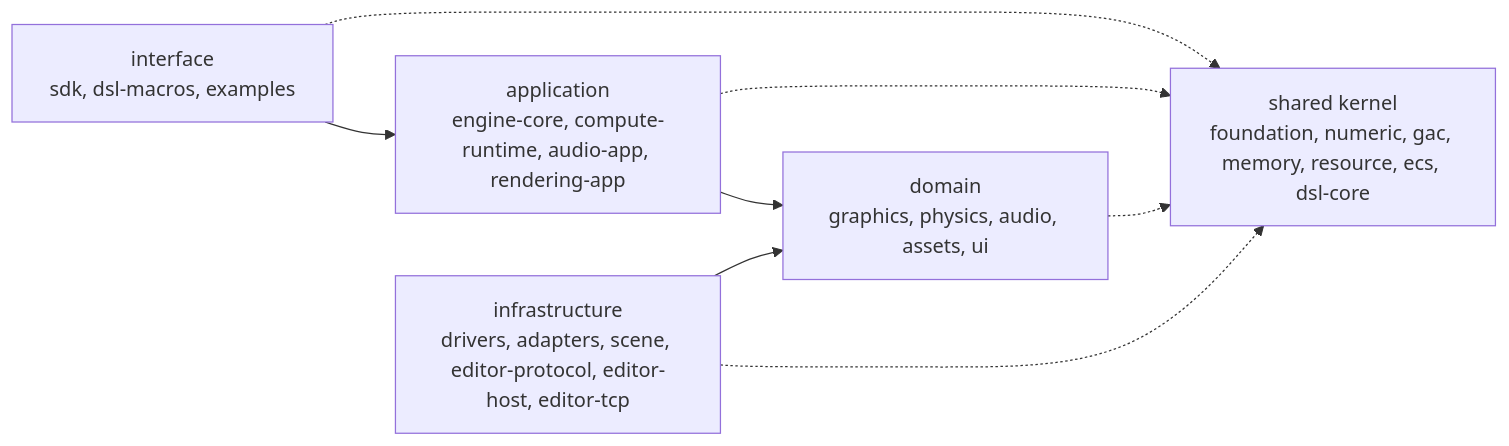
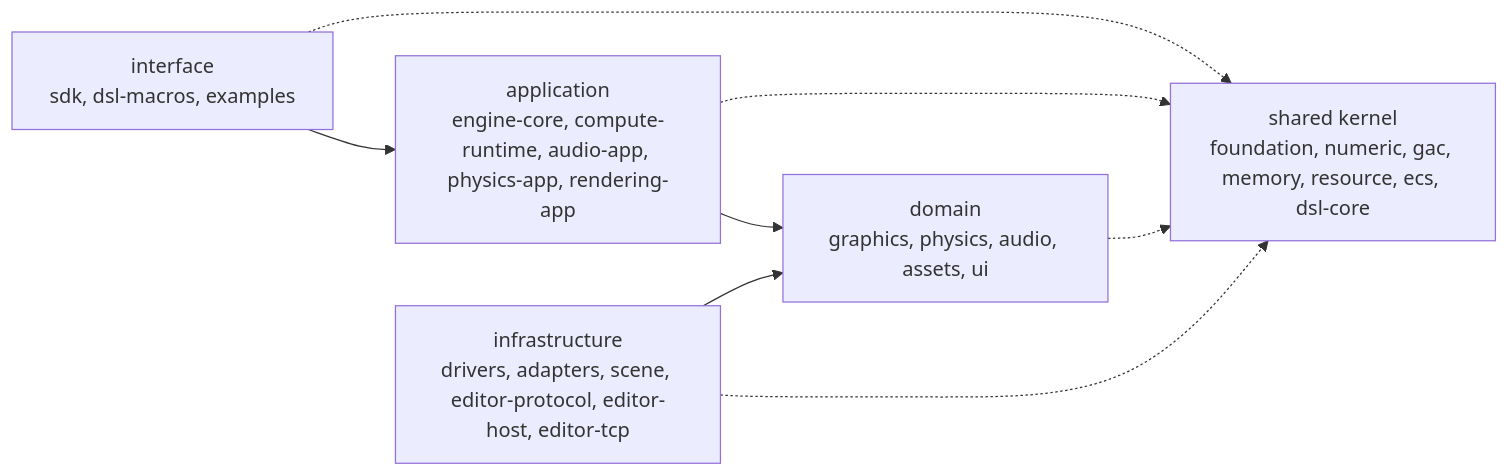
The diagram in README.md (F000NKKK/Meridian-Engine), drawn with Mermaid before and after one commit. The commit also changed other lines of this file and 75 other files, not shown here.

First line of the commit message:
refactor(runtime)!: engine-core owns no state and names no adapter

````diff
--- a/README.md
+++ b/README.md
@@ -140,11 +141,11 @@
 ```mermaid
 flowchart LR
-    I[interface<br/>sdk, dsl-macros, examples] --> A[application<br/>engine-core, compute-runtime, audio-app, rendering-app]
+    I[interface<br/>sdk, dsl-macros, examples] --> A[application<br/>engine-core, compute-runtime, audio-app, physics-app, rendering-app]
     A --> D[domain<br/>graphics, physics, audio, assets, ui]
     X[infrastructure<br/>drivers, adapters, scene, editor-protocol, editor-host, editor-tcp] --> D
     K[shared kernel<br/>foundation, numeric, gac, memory, resource, ecs, dsl-core]
     I -.-> K
     A -.-> K
     D -.-> K
     X -.-> K
 ```
````
